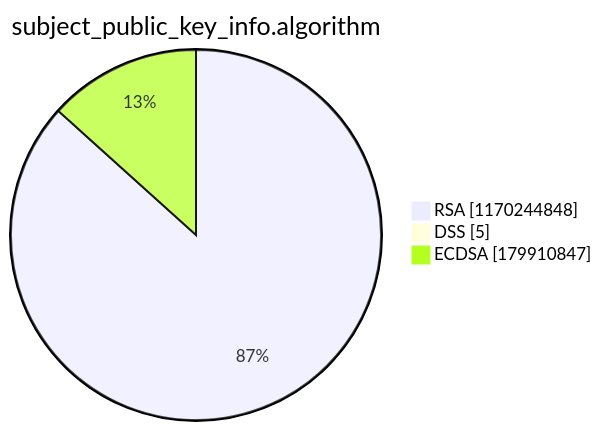
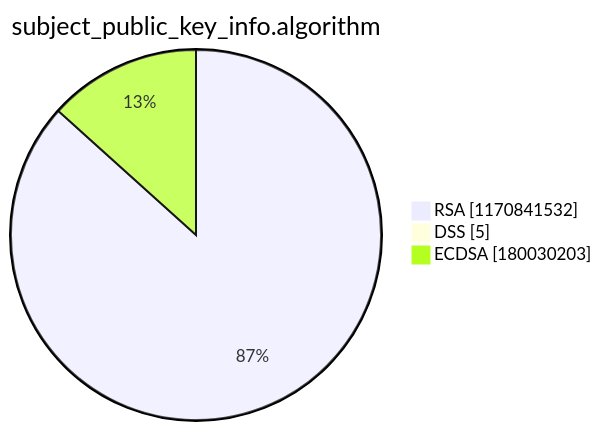
Before and after one commit to christiankrug/ctmonitor_visualization: the third of 15 diagrams in argon2022/README.md, drawn with Mermaid. The commit also changed other lines of this file, not shown here.

````diff
--- a/argon2022/README.md
+++ b/argon2022/README.md
@@ -14,7 +14,7 @@
 ```mermaid
 pie showData
 title subject_public_key_info.algorithm
-"RSA" :1170244848
+"RSA" :1170841532
 "DSS" :5
-"ECDSA" :179910847
+"ECDSA" :180030203
 ```
````
